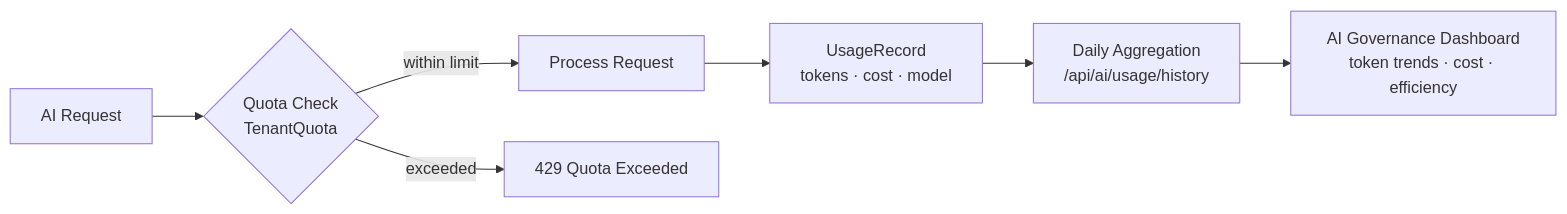
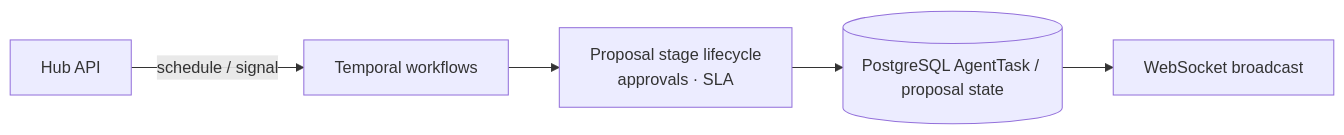
Before and after one commit to sanjayrkshetty/presales-hub: the third of 3 diagrams in docs/architecture/ai-pipeline.md, drawn with Mermaid. The commit also changed other lines of this file and 7 other files, not shown here.

First line of the commit message:
docs: align architecture with G1 draft graph and Post-G1 reality

````diff
--- a/docs/architecture/ai-pipeline.md
+++ b/docs/architecture/ai-pipeline.md
@@ -81,9 +70,7 @@
 ```mermaid
 flowchart LR
-    Request[AI Request] --> QC{Quota Check\nTenantQuota}
-    QC -->|within limit| Process[Process Request]
-    QC -->|exceeded| Block[429 Quota Exceeded]
-    Process --> Log[UsageRecord\ntokens · cost · model]
-    Log --> Agg[Daily Aggregation\n/api/ai/usage/history]
-    Agg --> Gov[AI Governance Dashboard\ntoken trends · cost · efficiency]
+    API[Hub API] -->|schedule / signal| TW[Temporal workflows]
+    TW --> Life[Proposal stage lifecycle\napprovals · SLA]
+    Life --> DB[(PostgreSQL AgentTask / proposal state)]
+    DB --> WS[WebSocket broadcast]
 ```
````
